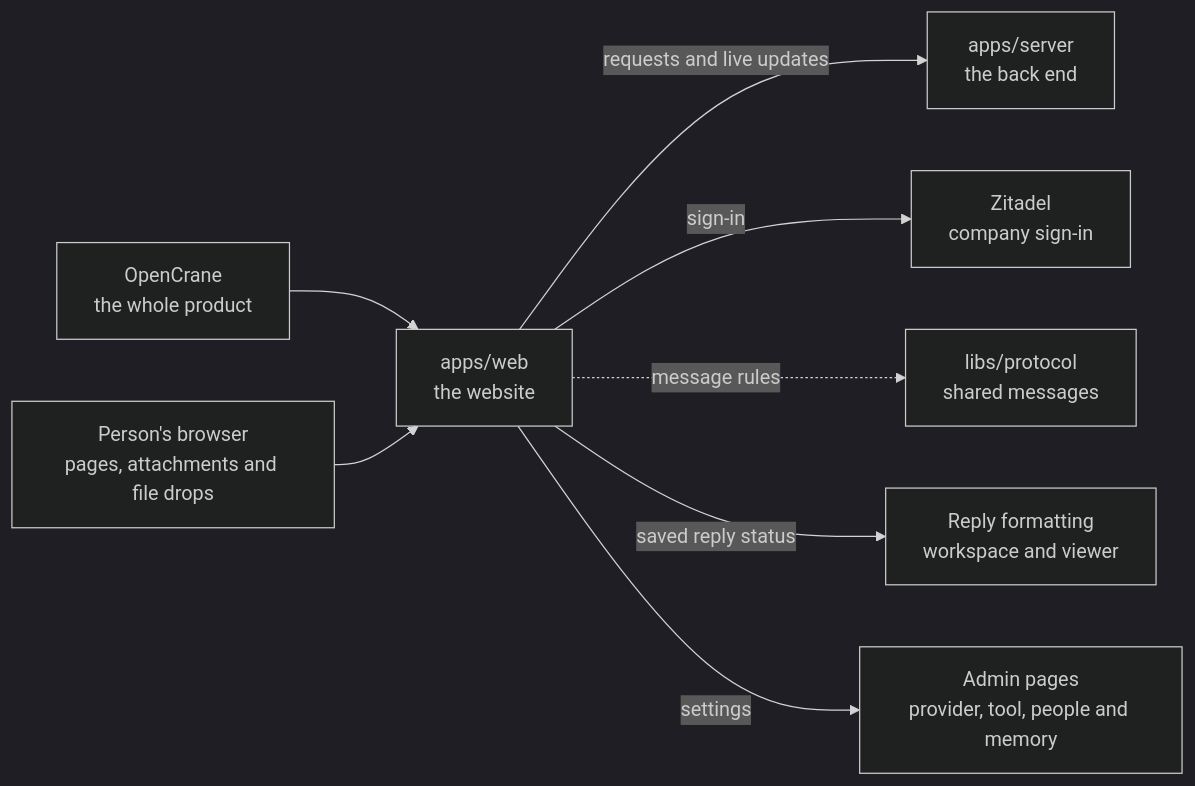
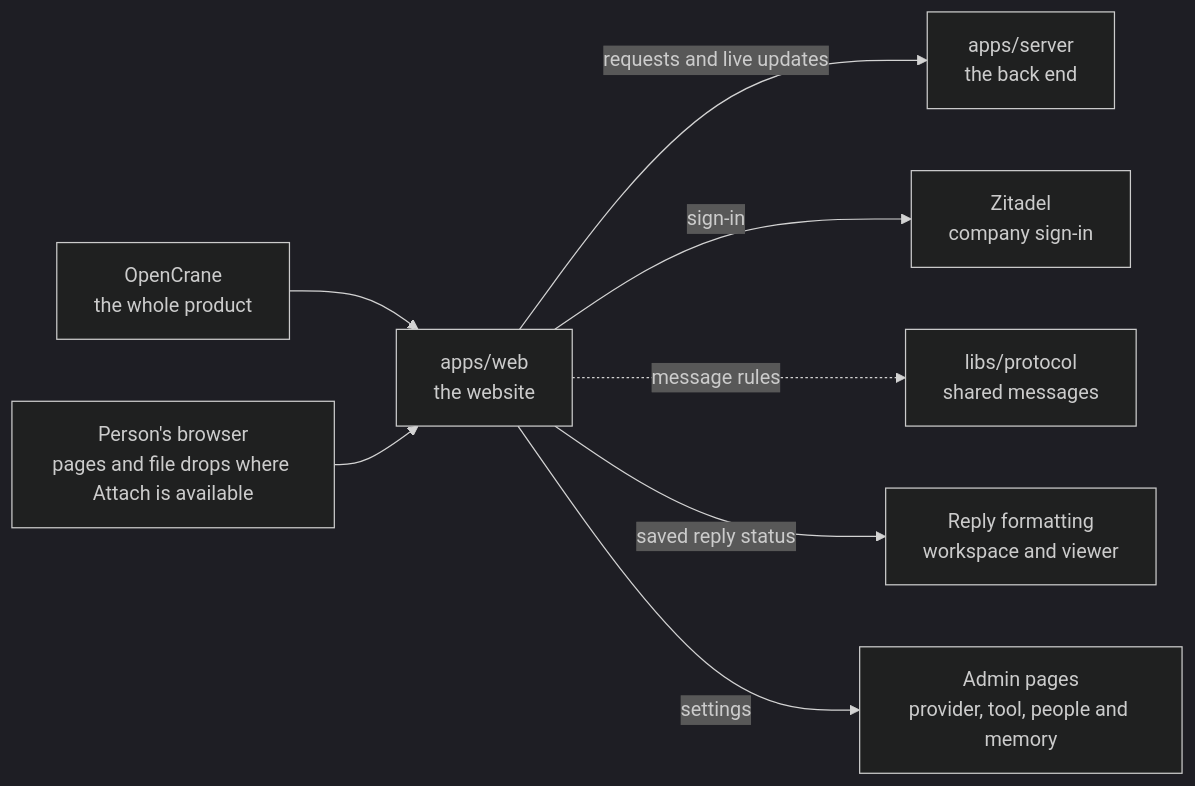
Before and after one commit to elewa-git/opencrane-new: the diagram in apps/web/README.md, drawn with Mermaid (dark theme). The commit also changed other lines of this file and 4 other files, not shown here.

Commit message:
📎 Show file drop controls only where Attach is available

````diff
--- a/apps/web/README.md
+++ b/apps/web/README.md
@@ -16,10 +16,10 @@
 ```mermaid
 flowchart LR
   system["OpenCrane<br/>the whole product"] --> web["apps/web<br/>the website"]
-  browser["Person's browser<br/>pages, attachments and file drops"] --> web
+  browser["Person's browser<br/>pages and file drops where Attach is available"] --> web
   web -->|requests and live updates| server["apps/server<br/>the back end"]
   web -->|sign-in| zitadel["Zitadel<br/>company sign-in"]
   web -.->|message rules| protocol["libs/protocol<br/>shared messages"]
   web -->|saved reply status| capture["Reply formatting<br/>workspace and viewer"]
   web -->|settings| admin["Admin pages<br/>provider, tool, people and memory"]
 ```
````
